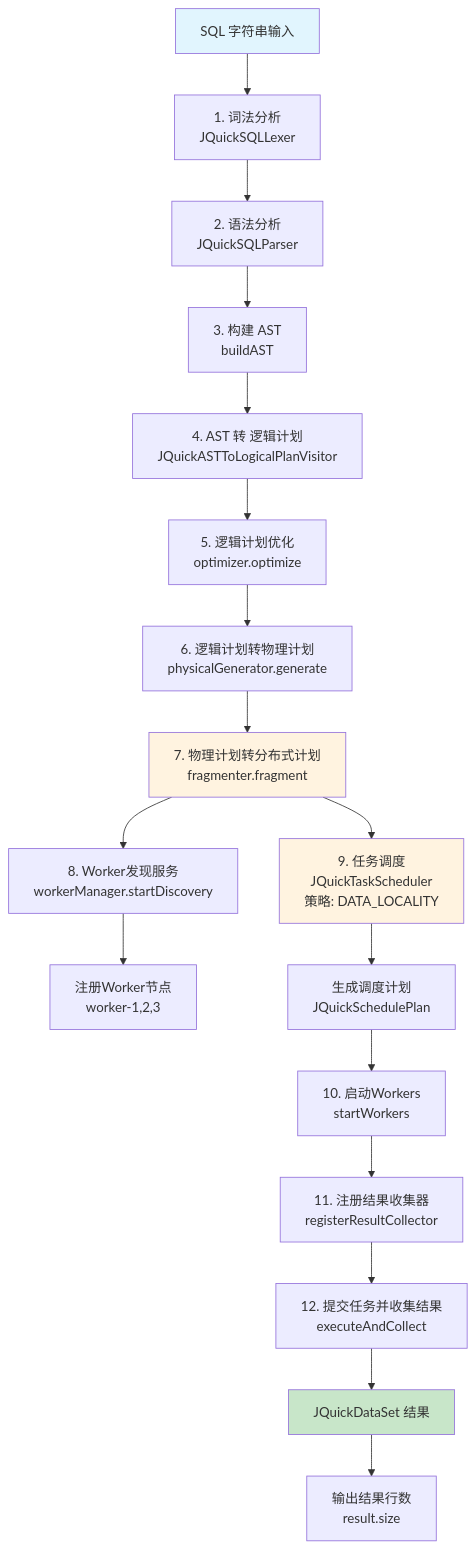
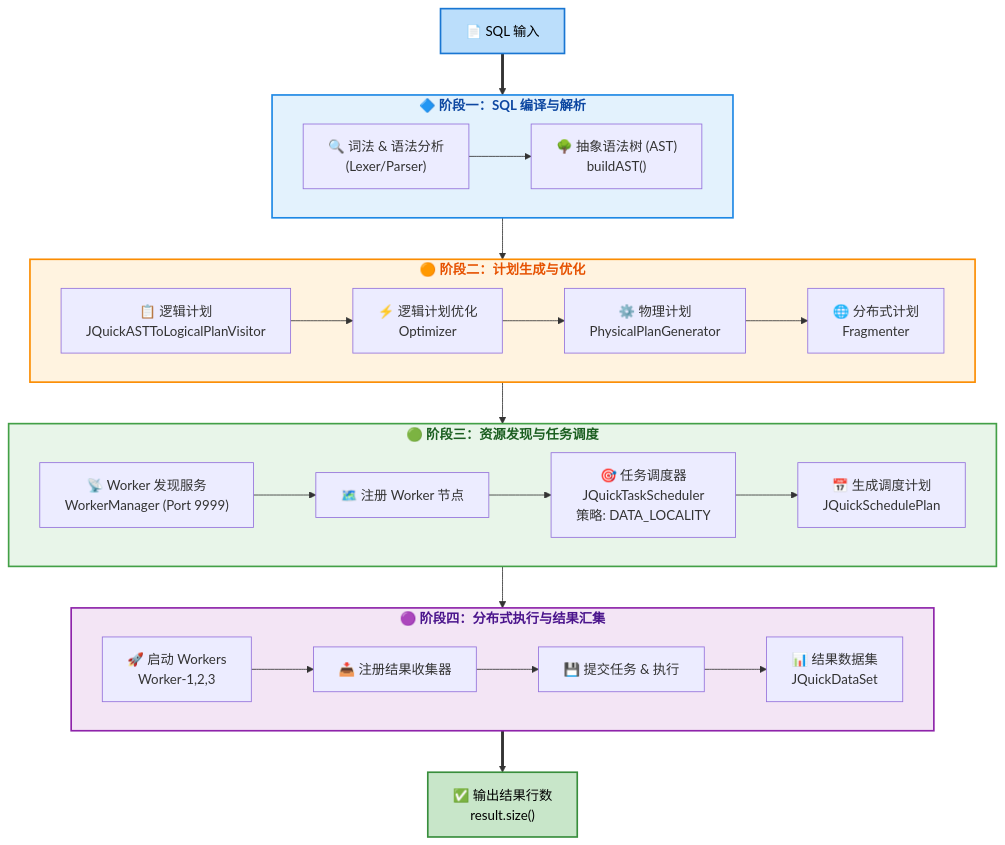
One commit to paohaijiao/jquick-sql changed the diagram in README.md. Above: the diagram before and after it, drawn with Mermaid.

````diff
--- a/README.md
+++ b/README.md
@@ -37,28 +37,49 @@
 ```mermaid
-flowchart TD
-    A[SQL 字符串输入] --> B[1. 词法分析<br>JQuickSQLLexer]
-    B --> C[2. 语法分析<br>JQuickSQLParser]
-    C --> D[3. 构建 AST<br>buildAST]
-    D --> E[4. AST 转 逻辑计划<br>JQuickASTToLogicalPlanVisitor]
-    E --> F[5. 逻辑计划优化<br>optimizer.optimize]
-    F --> G[6. 逻辑计划转物理计划<br>physicalGenerator.generate]
-    G --> H[7. 物理计划转分布式计划<br>fragmenter.fragment]
-    
-    H --> I[8. Worker发现服务<br>workerManager.startDiscovery]
-    I --> J[注册Worker节点<br>worker-1,2,3]
-    
-    H --> K[9. 任务调度<br>JQuickTaskScheduler<br>策略: DATA_LOCALITY]
-    K --> L[生成调度计划<br>JQuickSchedulePlan]
-    
-    L --> M[10. 启动Workers<br>startWorkers]
-    M --> N[11. 注册结果收集器<br>registerResultCollector]
-    N --> O[12. 提交任务并收集结果<br>executeAndCollect]
-    O --> P[JQuickDataSet 结果]
-    
-    P --> Q[输出结果行数<br>result.size]
+flowchart TB
+    %% 入口
+    A["📄 SQL 输入"] ==> B["🔍 词法 & 语法分析<br>(Lexer/Parser)"]
 
-    style A fill:#e1f5fe
-    style H fill:#fff3e0
-    style K fill:#fff3e0
-    style P fill:#c8e6c9
+    %% 编译阶段
+    subgraph Phase1 [<b>🔷 阶段一：SQL 编译与解析</b>]
+        direction LR
+        B --> C["🌳 抽象语法树 (AST)<br>buildAST()"]
+    end
+
+    %% 计划生成阶段
+    subgraph Phase2 [<b>🟠 阶段二：计划生成与优化</b>]
+        direction LR
+        C --> D["📋 逻辑计划<br>JQuickASTToLogicalPlanVisitor"]
+        D --> E["⚡ 逻辑计划优化<br>Optimizer"]
+        E --> F["⚙️ 物理计划<br>PhysicalPlanGenerator"]
+        F --> G["🌐 分布式计划<br>Fragmenter"]
+    end
+
+    %% 调度阶段
+    subgraph Phase3 [<b>🟢 阶段三：资源发现与任务调度</b>]
+        direction LR
+        G --> H["📡 Worker 发现服务<br>WorkerManager (Port 9999)"]
+        H --> I["🗺️ 注册 Worker 节点"]
+        I --> J["🎯 任务调度器<br>JQuickTaskScheduler<br>策略: DATA_LOCALITY"]
+        J --> K["📅 生成调度计划<br>JQuickSchedulePlan"]
+    end
+
+    %% 执行阶段
+    subgraph Phase4 [<b>🟣 阶段四：分布式执行与结果汇集</b>]
+        direction LR
+        K --> L["🚀 启动 Workers<br>Worker-1,2,3"]
+        L --> M["📥 注册结果收集器"]
+        M --> N["💾 提交任务 & 执行"]
+        N --> O["📊 结果数据集<br>JQuickDataSet"]
+    end
+
+    %% 最终输出
+    O ==> P["✅ 输出结果行数<br>result.size()"]
+
+    %% 样式定义
+    style Phase1 fill:#e3f2fd,stroke:#1e88e5,stroke-width:2px,color:#0d47a1
+    style Phase2 fill:#fff3e0,stroke:#fb8c00,stroke-width:2px,color:#e65100
+    style Phase3 fill:#e8f5e9,stroke:#43a047,stroke-width:2px,color:#1b5e20
+    style Phase4 fill:#f3e5f5,stroke:#8e24aa,stroke-width:2px,color:#4a148c
+    style A fill:#bbdefb,stroke:#1976d2,stroke-width:2px,color:#000
+    style P fill:#c8e6c9,stroke:#388e3c,stroke-width:2px,color:#000
 ```
````
